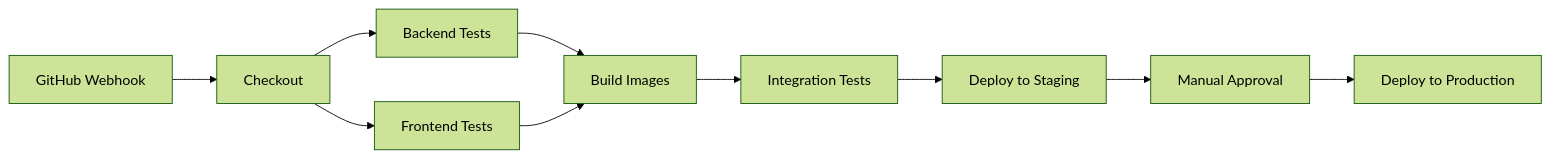
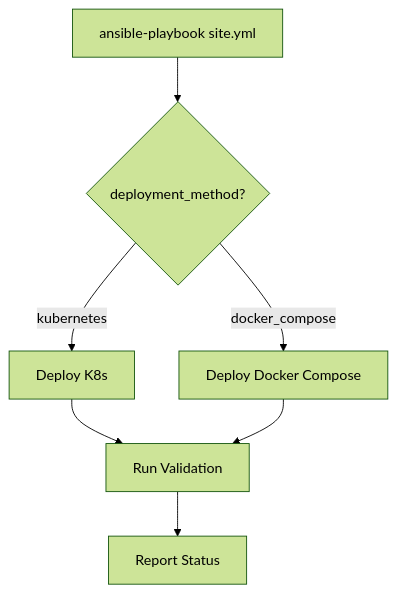
Before and after one commit to cavinsam/virtual-stock-trader-app: the second of 2 diagrams in README-CI-CD.md, drawn with Mermaid (forest theme). The commit also changed other lines of this file and 1 other file, not shown here.

````diff
--- a/README-CI-CD.md
+++ b/README-CI-CD.md
@@ -170,12 +225,9 @@
 ```mermaid
-graph LR
-    A[GitHub Webhook] --> B[Checkout]
-    B --> C[Backend Tests]
-    B --> D[Frontend Tests]
-    C --> E[Build Images]
+graph TB
+    A[ansible-playbook site.yml] --> B{deployment_method?}
+    B -->|kubernetes| C[Deploy K8s]
+    B -->|docker_compose| D[Deploy Docker Compose]
+    C --> E[Run Validation]
     D --> E
-    E --> F[Integration Tests]
-    F --> G[Deploy to Staging]
-    G --> H[Manual Approval]
-    H --> I[Deploy to Production]
+    E --> F[Report Status]
 ```
````
